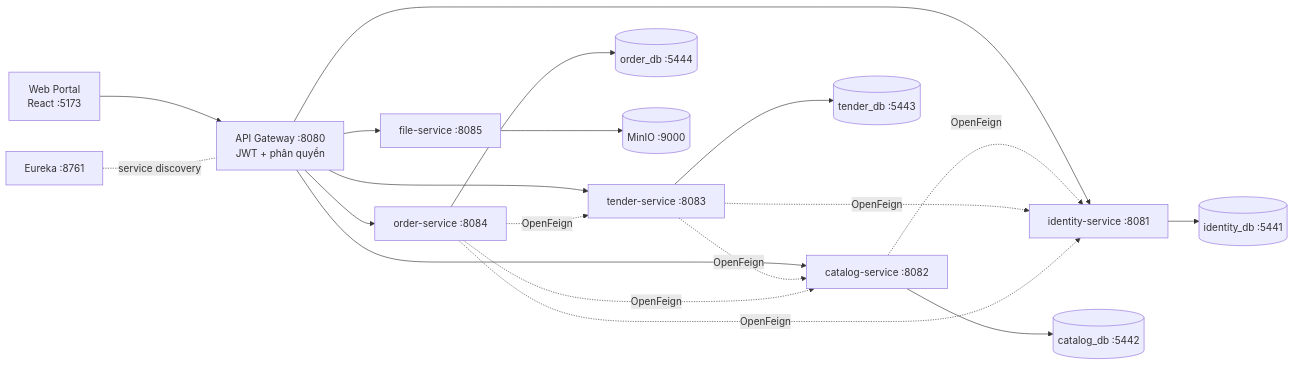
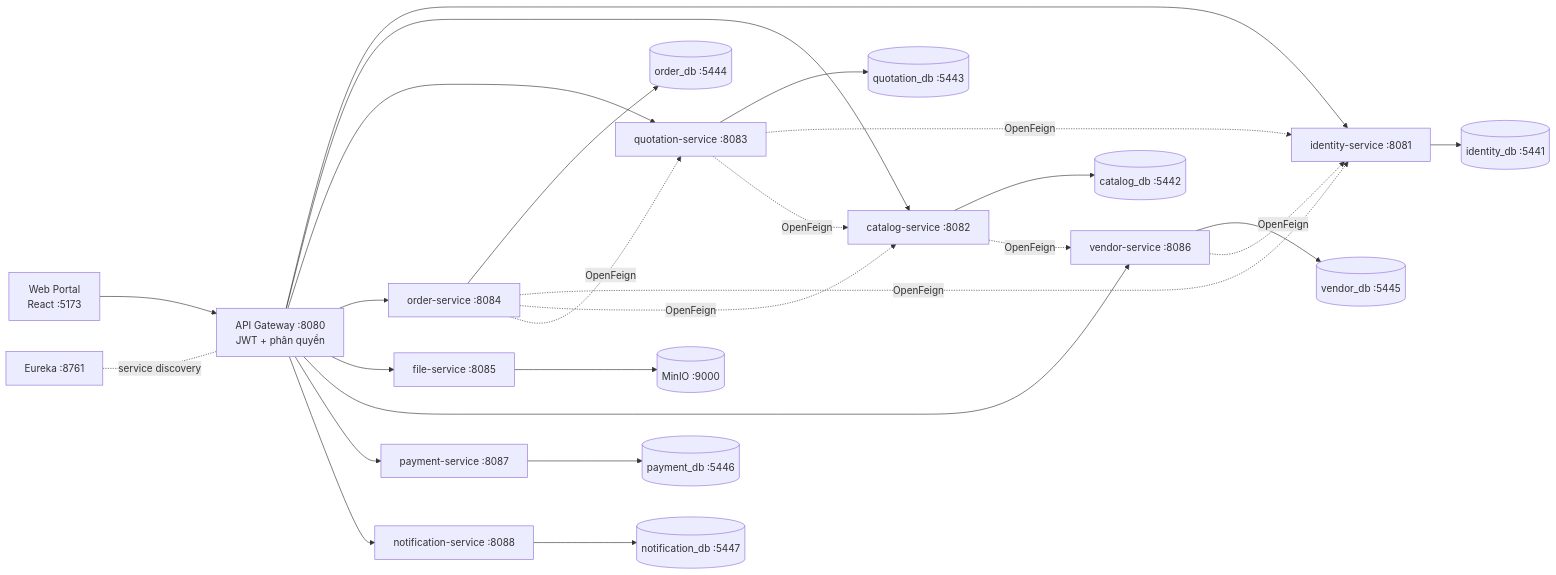
Before and after one commit to LeTran30/MSS301-moonkage-platform-project: the diagram in README.md, drawn with Mermaid. The commit also changed other lines of this file and 174 other files, not shown here.

````diff
--- a/README.md
+++ b/README.md
@@ -52,21 +52,28 @@
 ```mermaid
 flowchart LR
     Web["Web Portal<br/>React :5173"] --> GW["API Gateway :8080<br/>JWT + phân quyền"]
     GW --> ID["identity-service :8081"]
     GW --> CA["catalog-service :8082"]
-    GW --> TE["tender-service :8083"]
+    GW --> TE["quotation-service :8083"]
     GW --> OR["order-service :8084"]
     GW --> FI["file-service :8085"]
+    GW --> VE["vendor-service :8086"]
+    GW --> PA["payment-service :8087"]
+    GW --> NO["notification-service :8088"]
     ID --> IDB[("identity_db :5441")]
     CA --> CDB[("catalog_db :5442")]
-    TE --> TDB[("tender_db :5443")]
+    TE --> TDB[("quotation_db :5443")]
     OR --> ODB[("order_db :5444")]
     FI --> MI[("MinIO :9000")]
-    CA -. OpenFeign .-> ID
+    VE --> VDB[("vendor_db :5445")]
+    PA --> PDB[("payment_db :5446")]
+    NO --> NDB[("notification_db :5447")]
+    CA -. OpenFeign .-> VE
+    VE -. OpenFeign .-> ID
     TE -. OpenFeign .-> ID
     TE -. OpenFeign .-> CA
     OR -. OpenFeign .-> ID
     OR -. OpenFeign .-> CA
     OR -. OpenFeign .-> TE
     EU["Eureka :8761"] -.-|service discovery| GW
 ```
````
